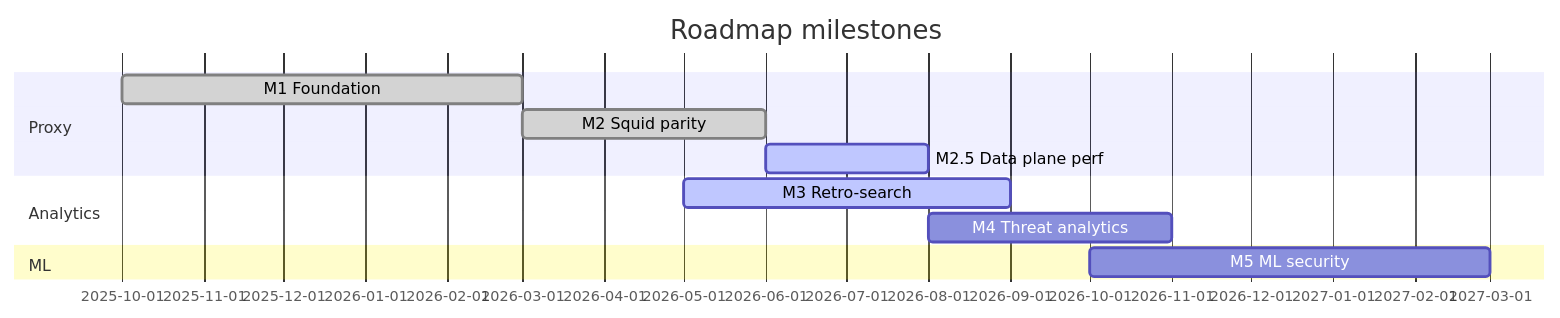
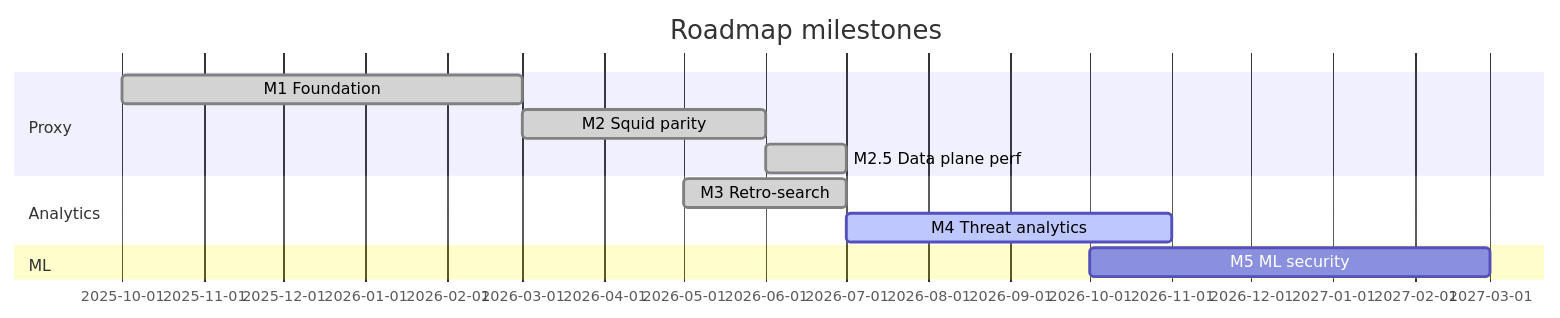
The diagram in docs/roadmap.md (onixus/bsdm-proxy), drawn with Mermaid before and after one commit. The commit also changed other lines of this file and 18 other files, not shown here.

````diff
--- a/docs/roadmap.md
+++ b/docs/roadmap.md
@@ -30,14 +28,14 @@
 ```mermaid
 gantt
   title Roadmap milestones
   dateFormat YYYY-MM
   section Proxy
   M1 Foundation           :done, m1, 2025-10, 2026-03
   M2 Squid parity         :done, m2, 2026-03, 2026-06
-  M2.5 Data plane perf    :active, m25, 2026-06, 2026-08
+  M2.5 Data plane perf    :done, m25, 2026-06, 2026-07
   section Analytics
-  M3 Retro-search         :active, m3, 2026-05, 2026-09
-  M4 Threat analytics     :m4, 2026-08, 2026-11
+  M3 Retro-search         :done, m3, 2026-05, 2026-07
+  M4 Threat analytics     :active, m4, 2026-07, 2026-11
   section ML
   M5 ML security          :m5, 2026-10, 2027-03
 ```
````
